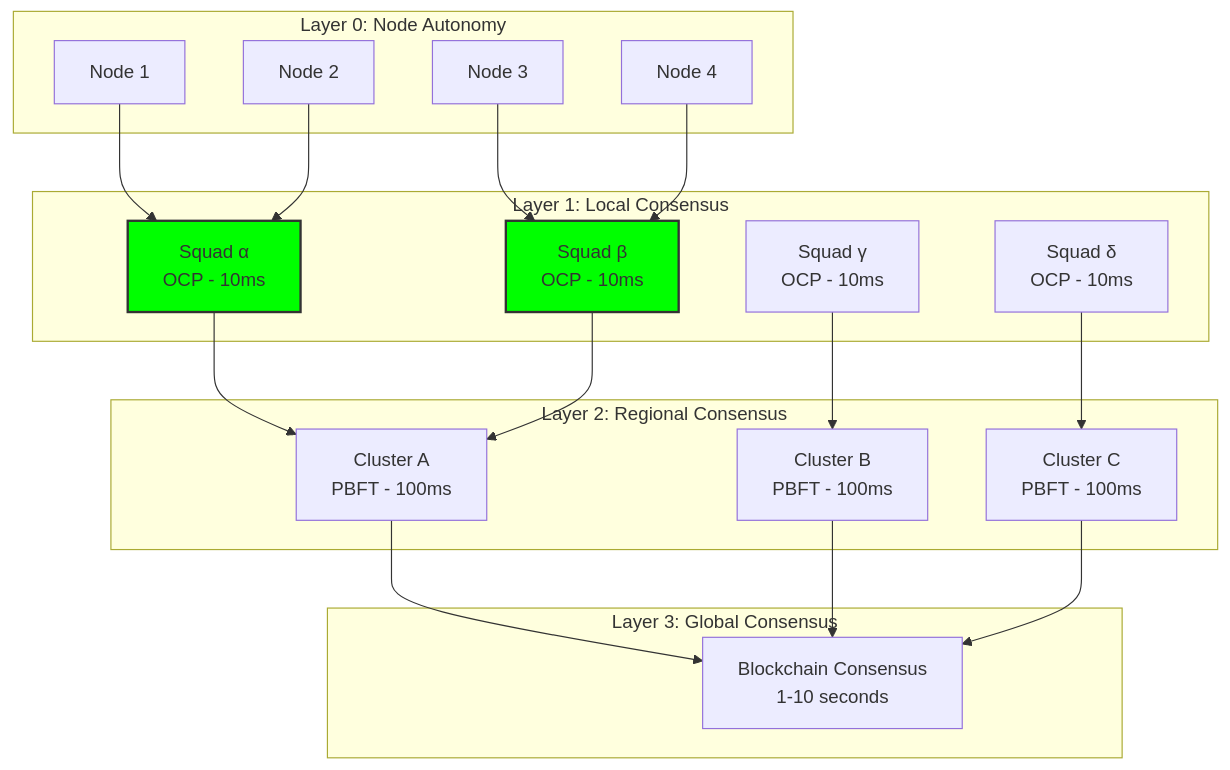
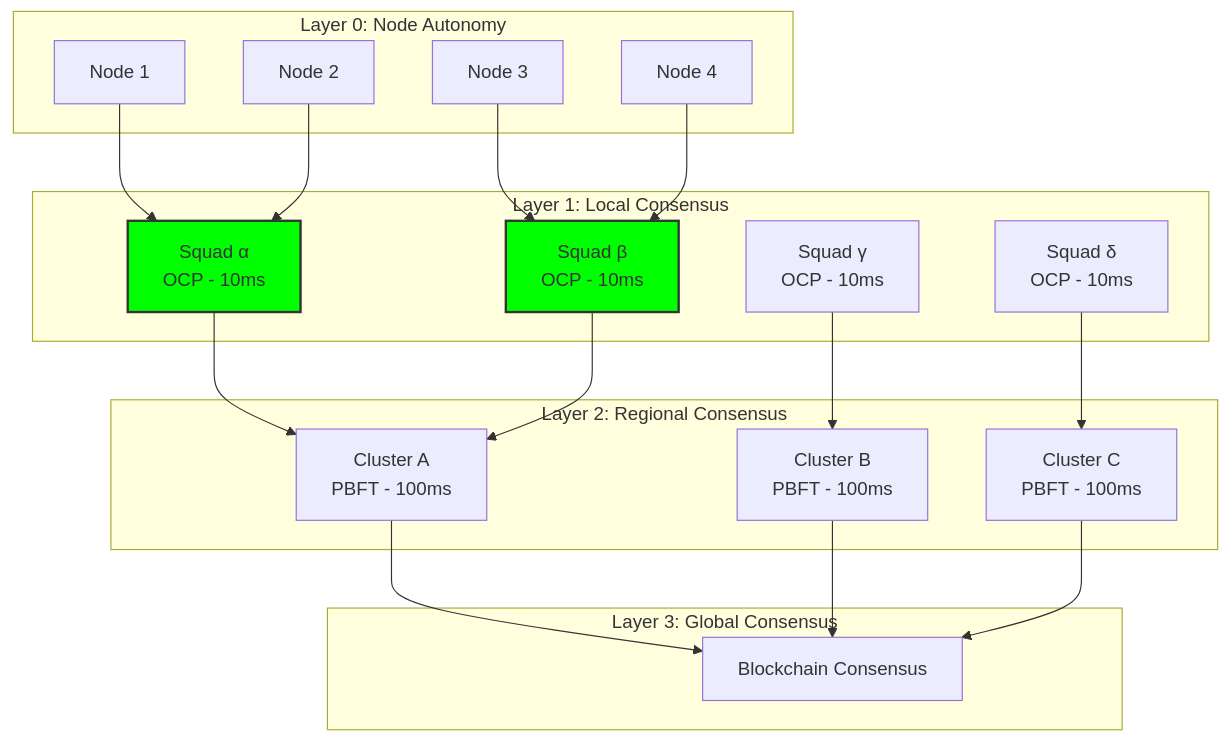
One commit to JustAGhosT/PhoenixRooivalk changed the diagram in apps/docs/docs/blockchain/03-implementation/phase-3-swarm-coordination/consensus-algorithms.md. Above: the diagram before and after it, drawn with Mermaid. The commit also changed 33 other files, not shown here.

````diff
--- a/apps/docs/docs/blockchain/03-implementation/phase-3-swarm-coordination/consensus-algorithms.md
+++ b/apps/docs/docs/blockchain/03-implementation/phase-3-swarm-coordination/consensus-algorithms.md
@@ -45,43 +45,43 @@
 ```mermaid
 graph TB
     subgraph "Layer 3: Global Consensus"
-        GC[Blockchain Consensus<br/>1-10 seconds]
+        GC[Blockchain Consensus<br/&gt;1-10 seconds]
     end
 
     subgraph "Layer 2: Regional Consensus"
         RC1[Cluster A<br/>PBFT - 100ms]
         RC2[Cluster B<br/>PBFT - 100ms]
         RC3[Cluster C<br/>PBFT - 100ms]
     end
 
     subgraph "Layer 1: Local Consensus"
         LC1[Squad α<br/>OCP - 10ms]
         LC2[Squad β<br/>OCP - 10ms]
         LC3[Squad γ<br/>OCP - 10ms]
         LC4[Squad δ<br/>OCP - 10ms]
     end
 
     subgraph "Layer 0: Node Autonomy"
         N1[Node 1]
         N2[Node 2]
         N3[Node 3]
         N4[Node 4]
     end
 
     N1 --> LC1
     N2 --> LC1
     N3 --> LC2
     N4 --> LC2
 
     LC1 --> RC1
     LC2 --> RC1
     LC3 --> RC2
     LC4 --> RC3
 
     RC1 --> GC
     RC2 --> GC
     RC3 --> GC
 
     style LC1 fill:#00ff00,stroke:#333,stroke-width:2px
     style LC2 fill:#00ff00,stroke:#333,stroke-width:2px
 ```
````
